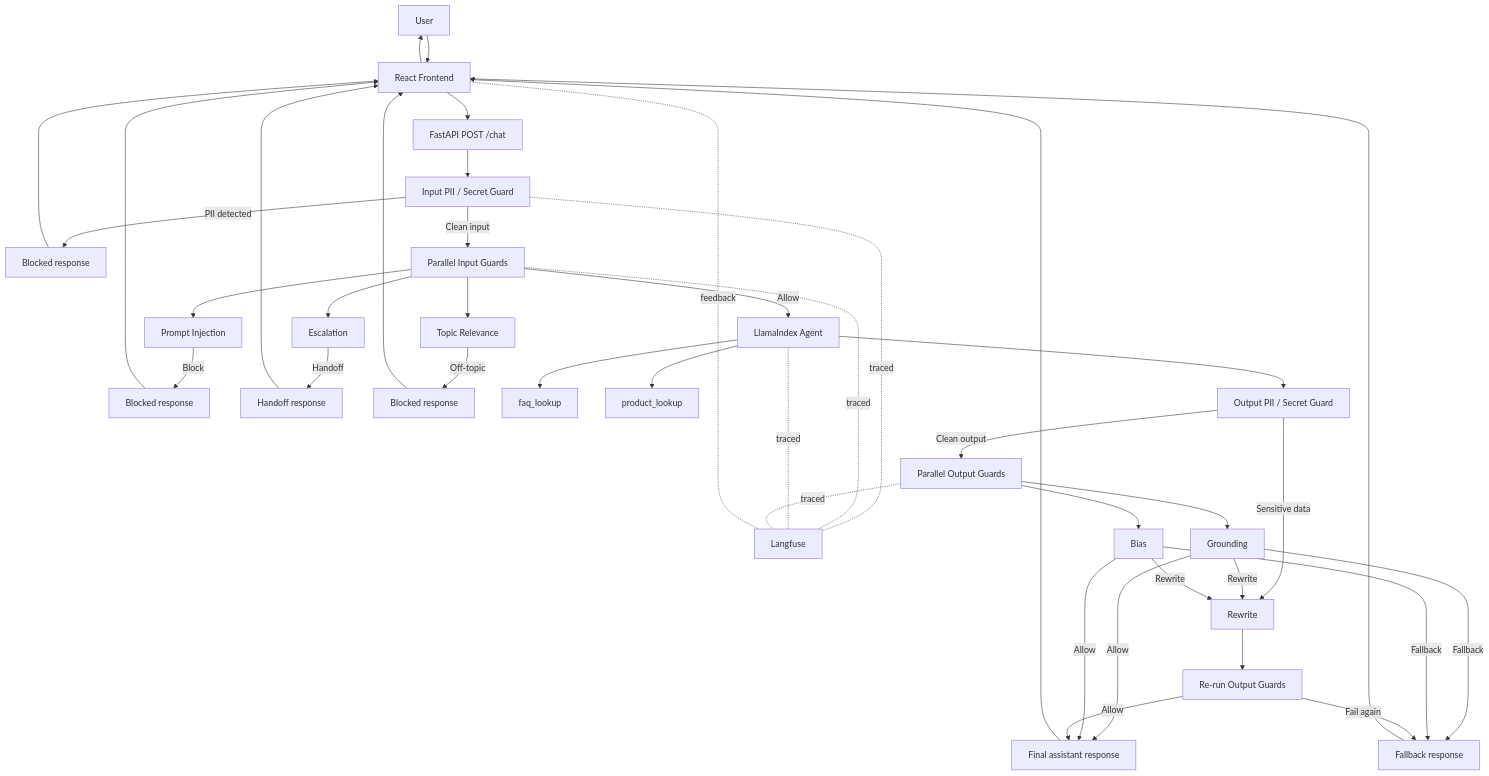
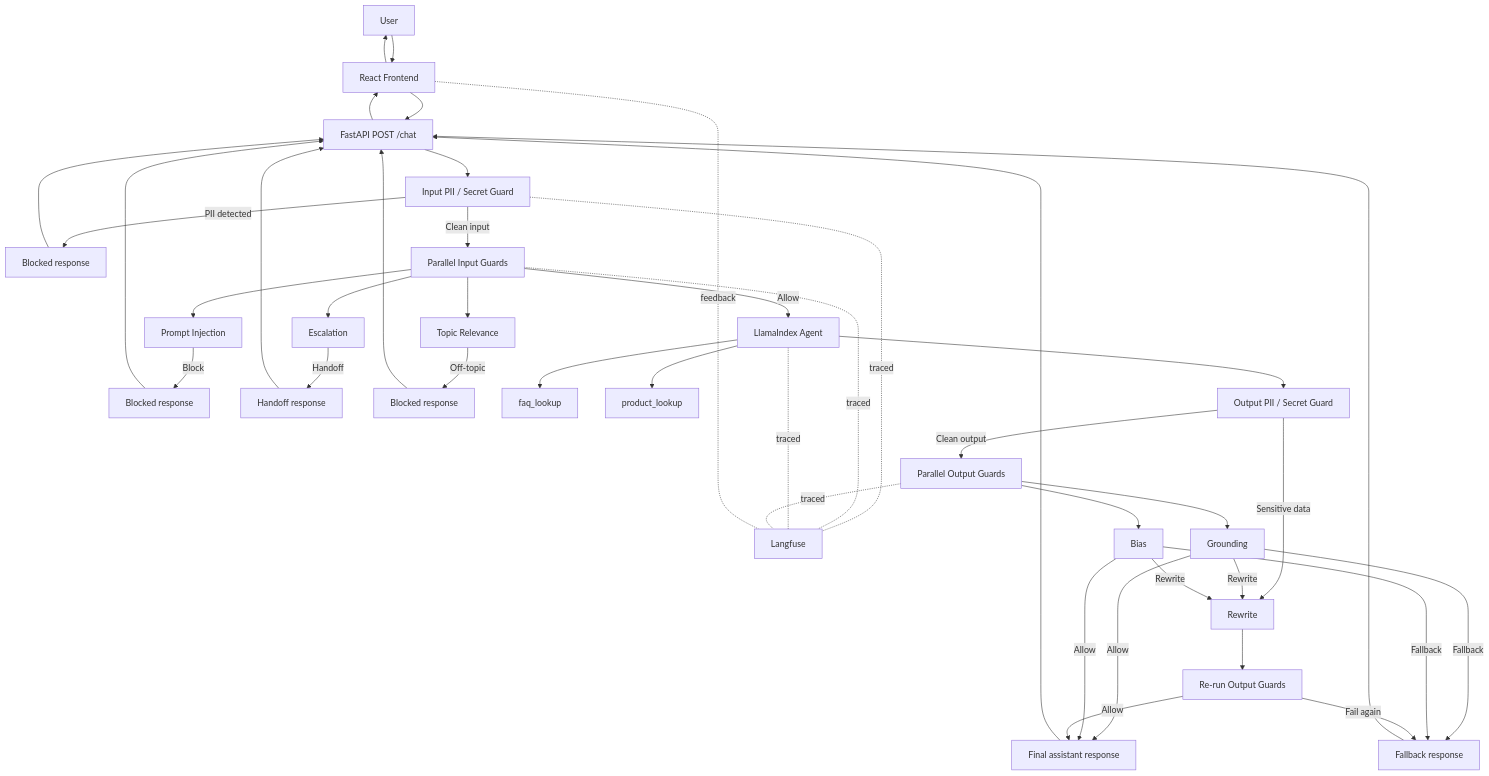
One commit to niels-2005/CustomerServiceAgent changed the diagram in README.md. Above: the diagram before and after it, drawn with Mermaid. The commit also changed other lines of this file, not shown here.

````diff
--- a/README.md
+++ b/README.md
@@ -81,52 +81,53 @@
 ```mermaid
 flowchart TD
     A[User] --> B[React Frontend]
     B --> C[FastAPI POST /chat]
 
     C --> D[Input PII / Secret Guard]
     D -. traced .- L[Langfuse]
     D -->|PII detected| R1[Blocked response]
     D -->|Clean input| E[Parallel Input Guards]
 
     E --> E1[Prompt Injection]
     E --> E2[Escalation]
     E --> E3[Topic Relevance]
     E -. traced .- L
 
     E1 -->|Block| R2[Blocked response]
     E2 -->|Handoff| R3[Handoff response]
     E3 -->|Off-topic| R4[Blocked response]
     E -->|Allow| F[LlamaIndex Agent]
 
     F --> T1[faq_lookup]
     F --> T2[product_lookup]
     F -. traced .- L
 
     F --> G[Output PII / Secret Guard]
     G -->|Sensitive data| H[Rewrite]
     G -->|Clean output| I[Parallel Output Guards]
 
     I --> I1[Grounding]
     I --> I2[Bias]
     I -. traced .- L
 
     I1 -->|Allow| K[Final assistant response]
     I2 -->|Allow| K
     I1 -->|Rewrite| H
     I2 -->|Rewrite| H
     I1 -->|Fallback| R5[Fallback response]
     I2 -->|Fallback| R5
 
     H --> J[Re-run Output Guards]
     J -->|Allow| K
     J -->|Fail again| R5
 
-    K --> B
-    R1 --> B
-    R2 --> B
-    R3 --> B
-    R4 --> B
-    R5 --> B
+    K --> C
+    R1 --> C
+    R2 --> C
+    R3 --> C
+    R4 --> C
+    R5 --> C
+    C --> B
     B --> A
     B -. feedback .- L
 ```
````
